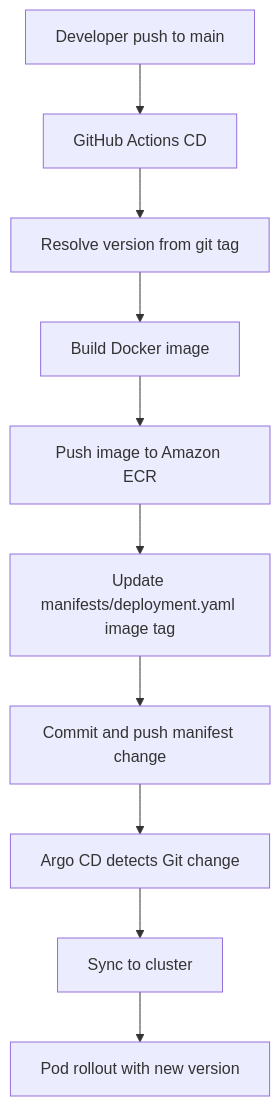
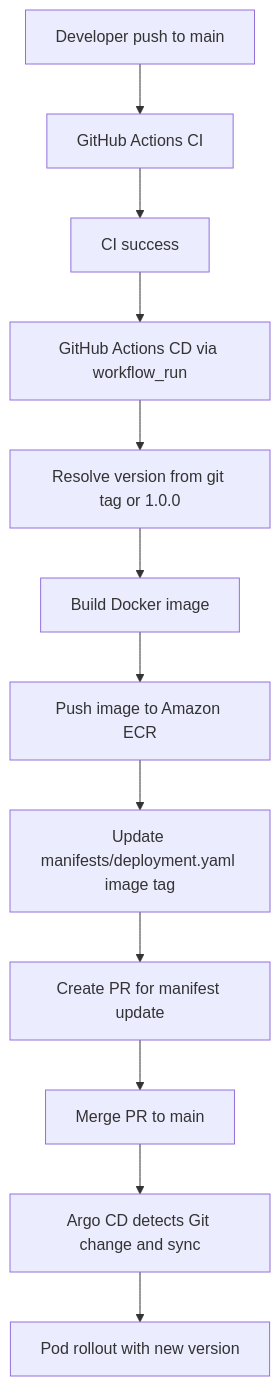
The diagram in docs/Backstage_템플릿_CD_가이드.md (SAMJOYAP/reference-implementation-aws), drawn with Mermaid before and after one commit. The commit also changed other lines of this file and 2 other files, not shown here.

````diff
--- a/docs/Backstage_템플릿_CD_가이드.md
+++ b/docs/Backstage_템플릿_CD_가이드.md
@@ -61,12 +63,14 @@
 ```mermaid
 flowchart TD
-    A[Developer push to main] --> B[GitHub Actions CD]
-    B --> C[Resolve version from git tag]
-    C --> D[Build Docker image]
-    D --> E[Push image to Amazon ECR]
-    E --> F[Update manifests/deployment.yaml image tag]
-    F --> G[Commit and push manifest change]
-    G --> H[Argo CD detects Git change]
-    H --> I[Sync to cluster]
-    I --> J[Pod rollout with new version]
+    A[Developer push to main] --> B[GitHub Actions CI]
+    B --> C[CI success]
+    C --> C2[GitHub Actions CD via workflow_run]
+    C2 --> D[Resolve version from git tag or 1.0.0]
+    D --> E[Build Docker image]
+    E --> F[Push image to Amazon ECR]
+    F --> G[Update manifests/deployment.yaml image tag]
+    G --> H[Create PR for manifest update]
+    H --> I[Merge PR to main]
+    I --> J[Argo CD detects Git change and sync]
+    J --> K[Pod rollout with new version]
 ```
````
